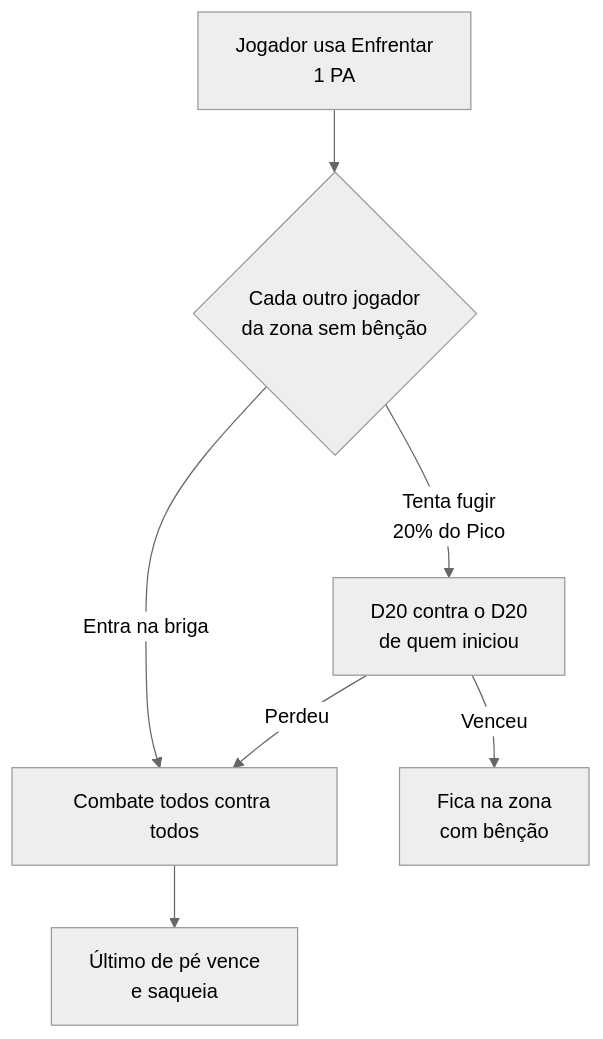
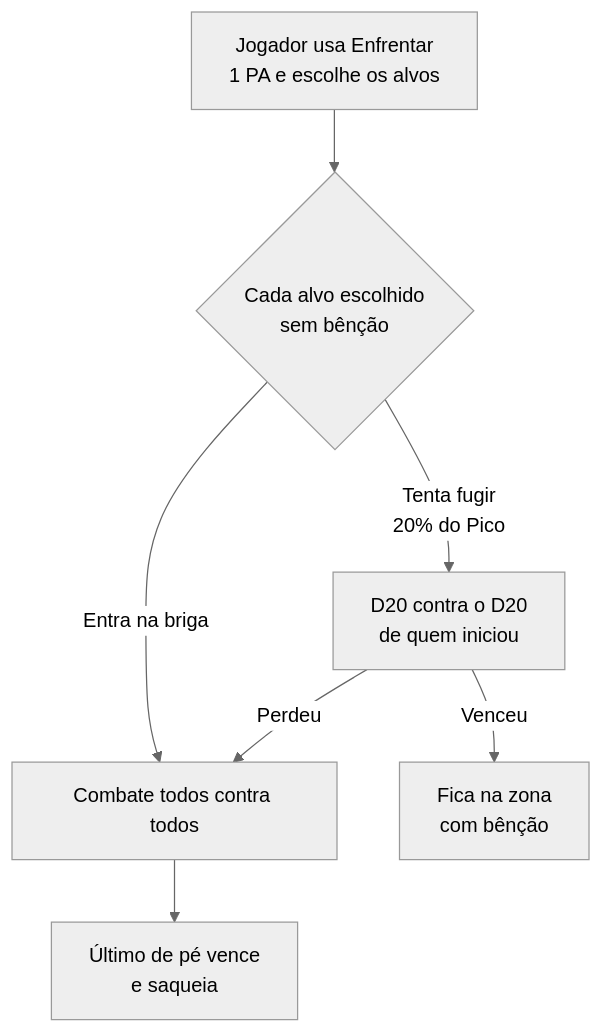
Diagram 17 of 17 in docs/README.md (frnndog-suav/Misadventure_Frontend_V3), drawn with Mermaid (neutral theme) before and after one commit. The commit also changed other lines of this file, not shown here.

````diff
--- a/docs/README.md
+++ b/docs/README.md
@@ -2361,9 +2426,9 @@
 ```mermaid
 flowchart TB
-    E[Jogador usa Enfrentar<br/>1 PA] --> D{Cada outro jogador<br/>da zona sem bênção}
+    E[Jogador usa Enfrentar<br/>1 PA e escolhe os alvos] --> D{Cada alvo escolhido<br/>sem bênção}
     D -->|Entra na briga| L[Combate todos contra todos]
     D -->|Tenta fugir<br/>20% do Pico| T[D20 contra o D20<br/>de quem iniciou]
     T -->|Venceu| B[Fica na zona<br/>com bênção]
     T -->|Perdeu| L
     L --> V[Último de pé vence<br/>e saqueia]
 ```
````
